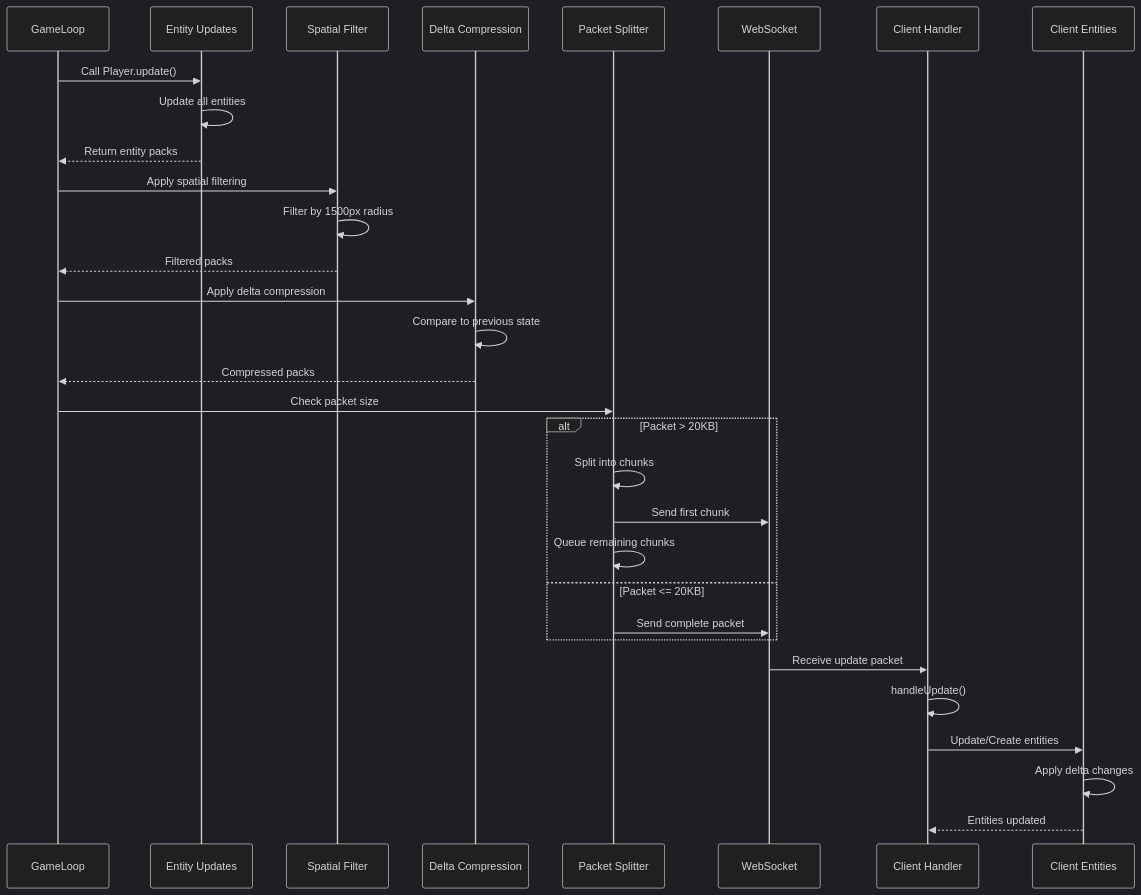
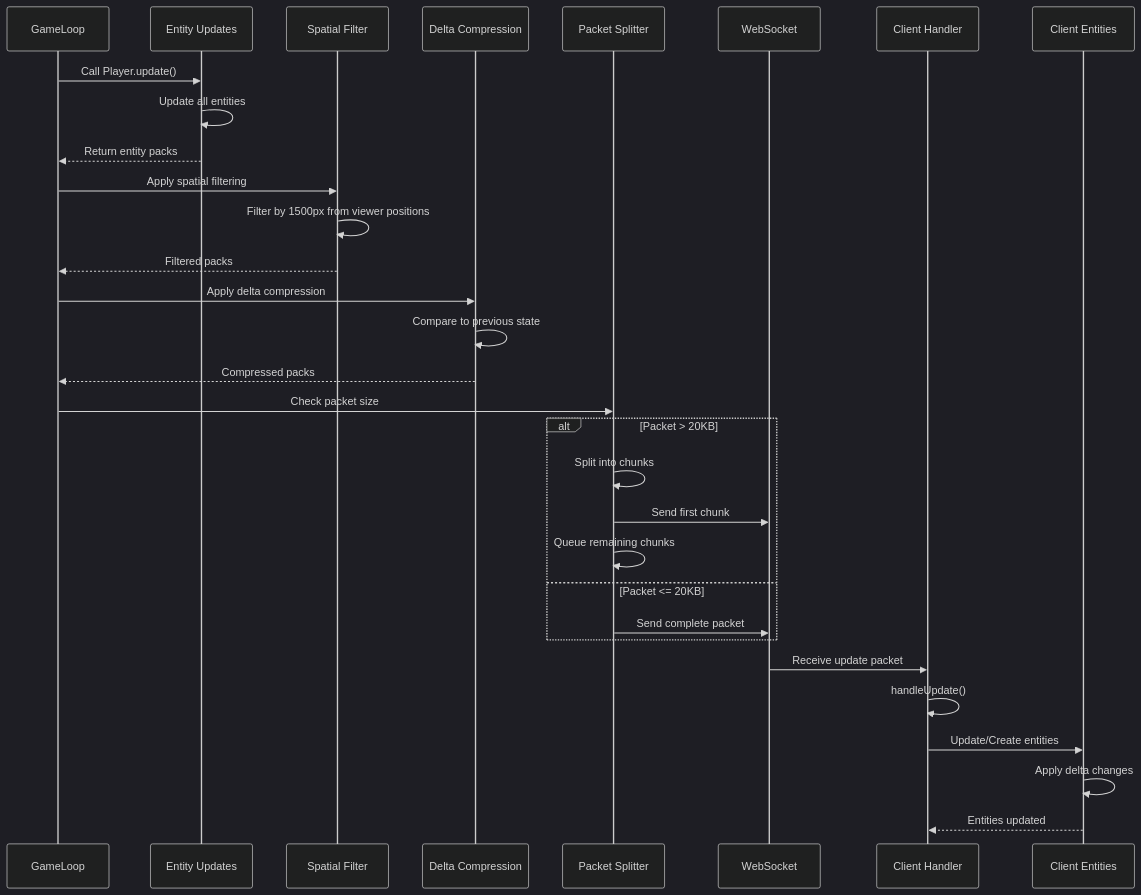
One commit to cistercians/lambic changed the eighth of 8 diagrams in documentation/GAME_LOOP_SYSTEM.md. Above: the diagram before and after it, drawn with Mermaid (dark theme). The commit also changed other lines of this file and 68 other files, not shown here.

````diff
--- a/documentation/GAME_LOOP_SYSTEM.md
+++ b/documentation/GAME_LOOP_SYSTEM.md
@@ -1450,38 +1450,38 @@
 ```mermaid
 sequenceDiagram
     participant GL as GameLoop
     participant EU as Entity Updates
     participant SF as Spatial Filter
     participant DC as Delta Compression
     participant PS as Packet Splitter
     participant WS as WebSocket
     participant CH as Client Handler
     participant CE as Client Entities
     
     GL->>EU: Call Player.update()
     EU->>EU: Update all entities
     EU-->>GL: Return entity packs
     
     GL->>SF: Apply spatial filtering
-    SF->>SF: Filter by 1500px radius
+    SF->>SF: Filter by 1500px from viewer positions
     SF-->>GL: Filtered packs
     
     GL->>DC: Apply delta compression
     DC->>DC: Compare to previous state
     DC-->>GL: Compressed packs
     
     GL->>PS: Check packet size
     alt Packet > 20KB
         PS->>PS: Split into chunks
         PS->>WS: Send first chunk
         PS->>PS: Queue remaining chunks
     else Packet <= 20KB
         PS->>WS: Send complete packet
     end
     
     WS->>CH: Receive update packet
     CH->>CH: handleUpdate()
     CH->>CE: Update/Create entities
     CE->>CE: Apply delta changes
     CE-->>CH: Entities updated
 ```
````
